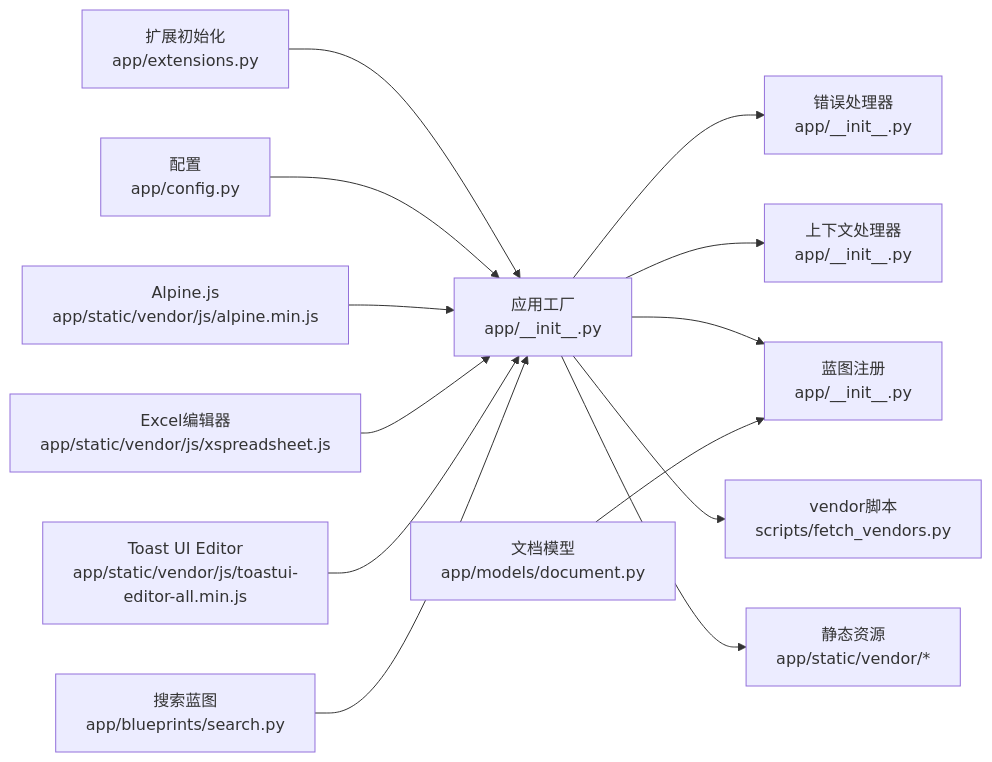
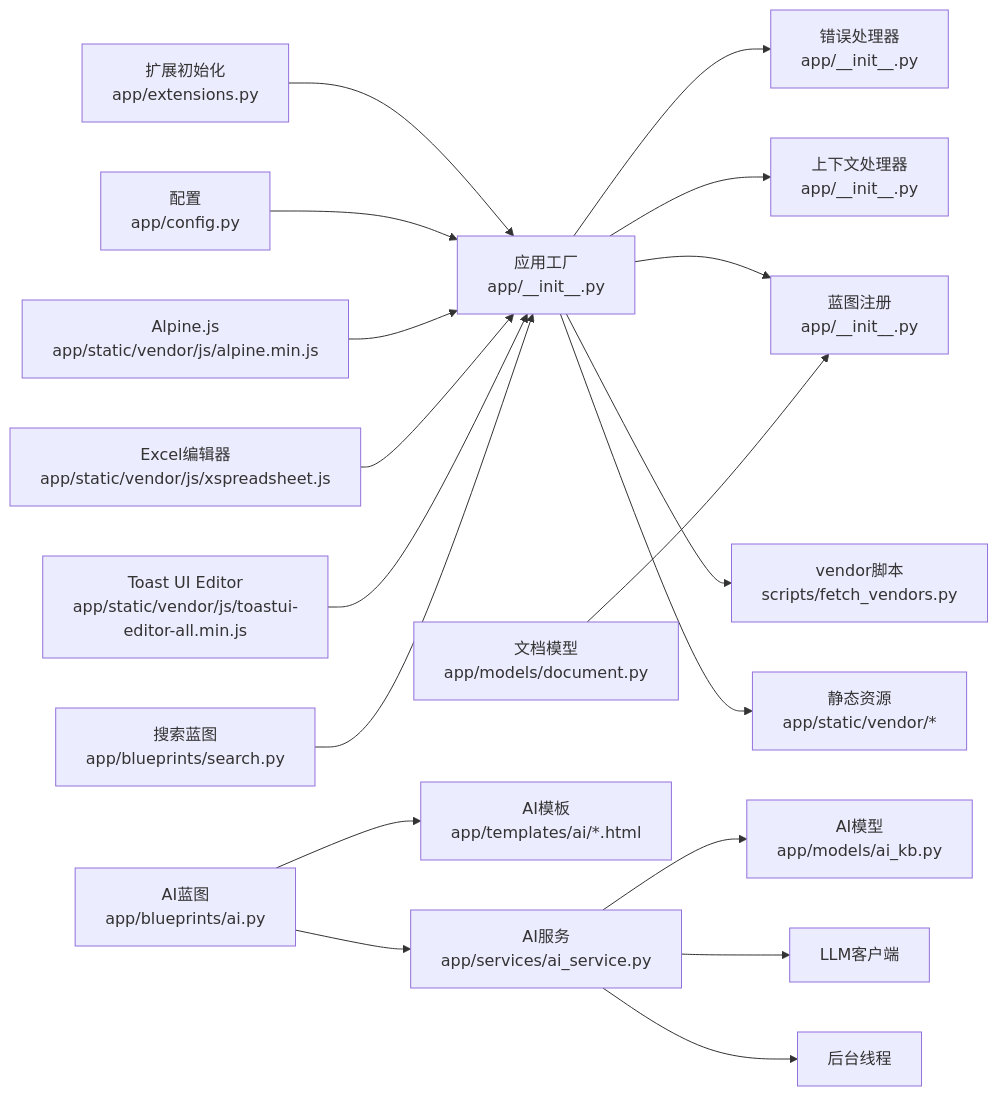
Before and after one commit to beyondalbert/my_wiki: diagram 24 of 24 in .qoder/repowiki/zh/content/前端模板系统.md, drawn with Mermaid. The commit also changed other lines of this file and 7 other files, not shown here.

````diff
--- a/.qoder/repowiki/zh/content/前端模板系统.md
+++ b/.qoder/repowiki/zh/content/前端模板系统.md
@@ -1117,15 +1332,20 @@
 ```mermaid
 graph LR
 EXT["扩展初始化<br/>app/extensions.py"] --> APP["应用工厂<br/>app/__init__.py"]
 CFG["配置<br/>app/config.py"] --> APP
 APP --> ERR["错误处理器<br/>app/__init__.py"]
 APP --> CTX["上下文处理器<br/>app/__init__.py"]
 APP --> BP["蓝图注册<br/>app/__init__.py"]
 ALP["Alpine.js<br/>app/static/vendor/js/alpine.min.js"] --> APP
 XSP["Excel编辑器<br/>app/static/vendor/js/xspreadsheet.js"] --> APP
 TUI["Toast UI Editor<br/>app/static/vendor/js/toastui-editor-all.min.js"] --> APP
 DOC["文档模型<br/>app/models/document.py"] --> BP
+AI_BP["AI蓝图<br/>app/blueprints/ai.py"] --> AI_TPL["AI模板<br/>app/templates/ai/*.html"]
+AI_SRV["AI服务<br/>app/services/ai_service.py"] --> AI_MD["AI模型<br/>app/models/ai_kb.py"]
+AI_BP --> AI_SRV
+AI_SRV --> LLM["LLM客户端"]
+AI_SRV --> TH["后台线程"]
 APP --> VEN["vendor脚本<br/>scripts/fetch_vendors.py"]
 APP --> ST["静态资源<br/>app/static/vendor/*"]
 SEB["搜索蓝图<br/>app/blueprints/search.py"] --> APP
 ```
````
